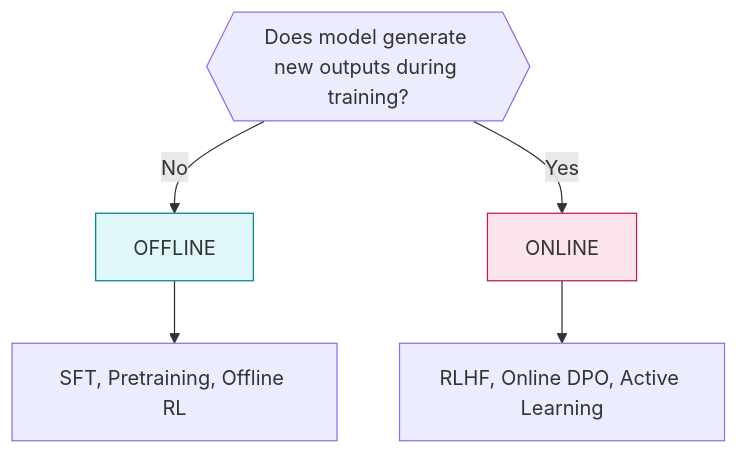
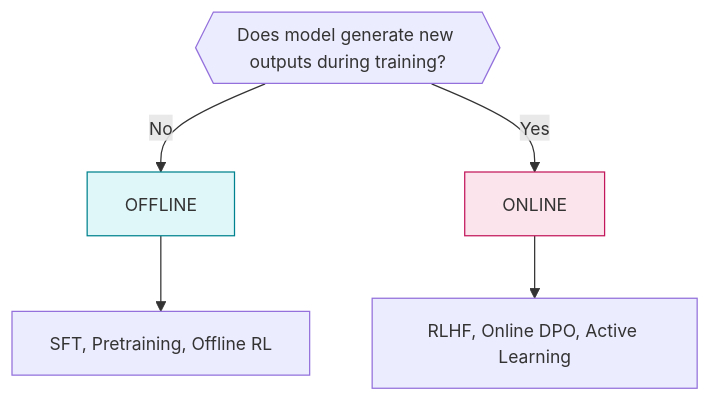
The second of 6 diagrams in Learning/Online_vs_offline.md (niharpalem/Simplifiy_Ai), drawn with Mermaid before and after one commit.

Commit message:
Add flowchart for online vs offline model comparison
Added a flowchart to illustrate the core difference between online and offline models.

````diff
--- a/Learning/Online_vs_offline.md
+++ b/Learning/Online_vs_offline.md
@@ -46,13 +46,14 @@
 ```mermaid
 flowchart TD
+    %%{init: {'themeVariables': {'fontSize': '14px'}}}%%
     Q{{"Does model generate new outputs during training?"}}
     
     Q -->|No| OFF["OFFLINE"]
     Q -->|Yes| ON["ONLINE"]
     
     OFF --> OFF_EX["SFT, Pretraining, Offline RL"]
     ON --> ON_EX["RLHF, Online DPO, Active Learning"]
     
     style OFF fill:#e0f7fa,stroke:#00838f
     style ON fill:#fce4ec,stroke:#c2185b
 ```
````
